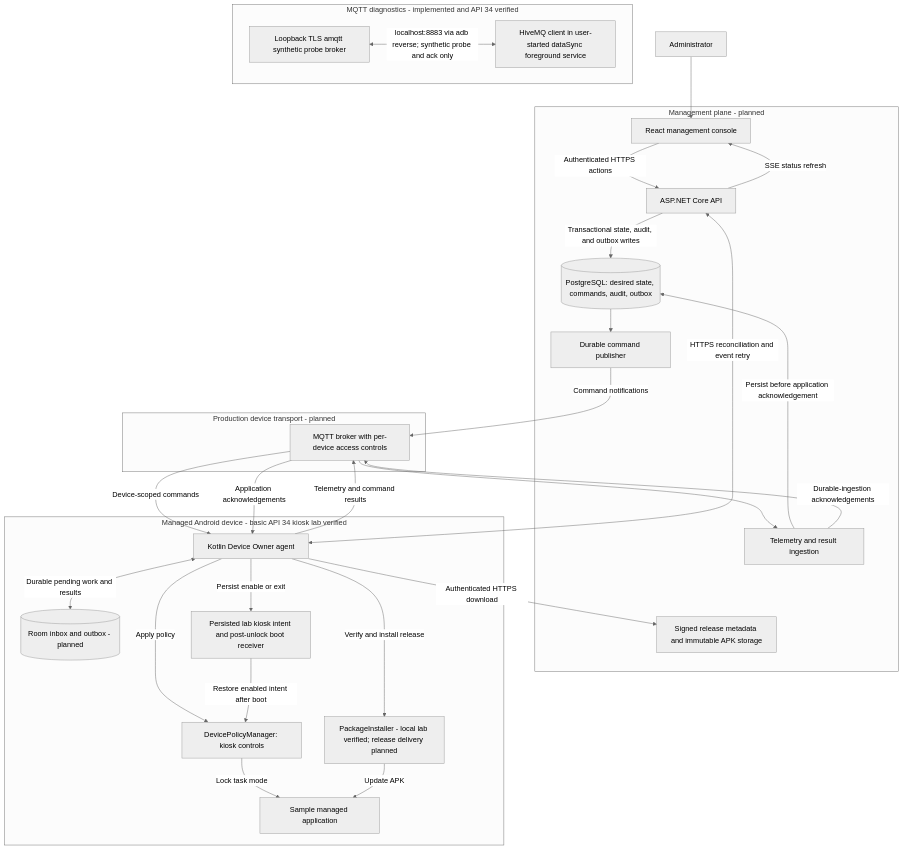
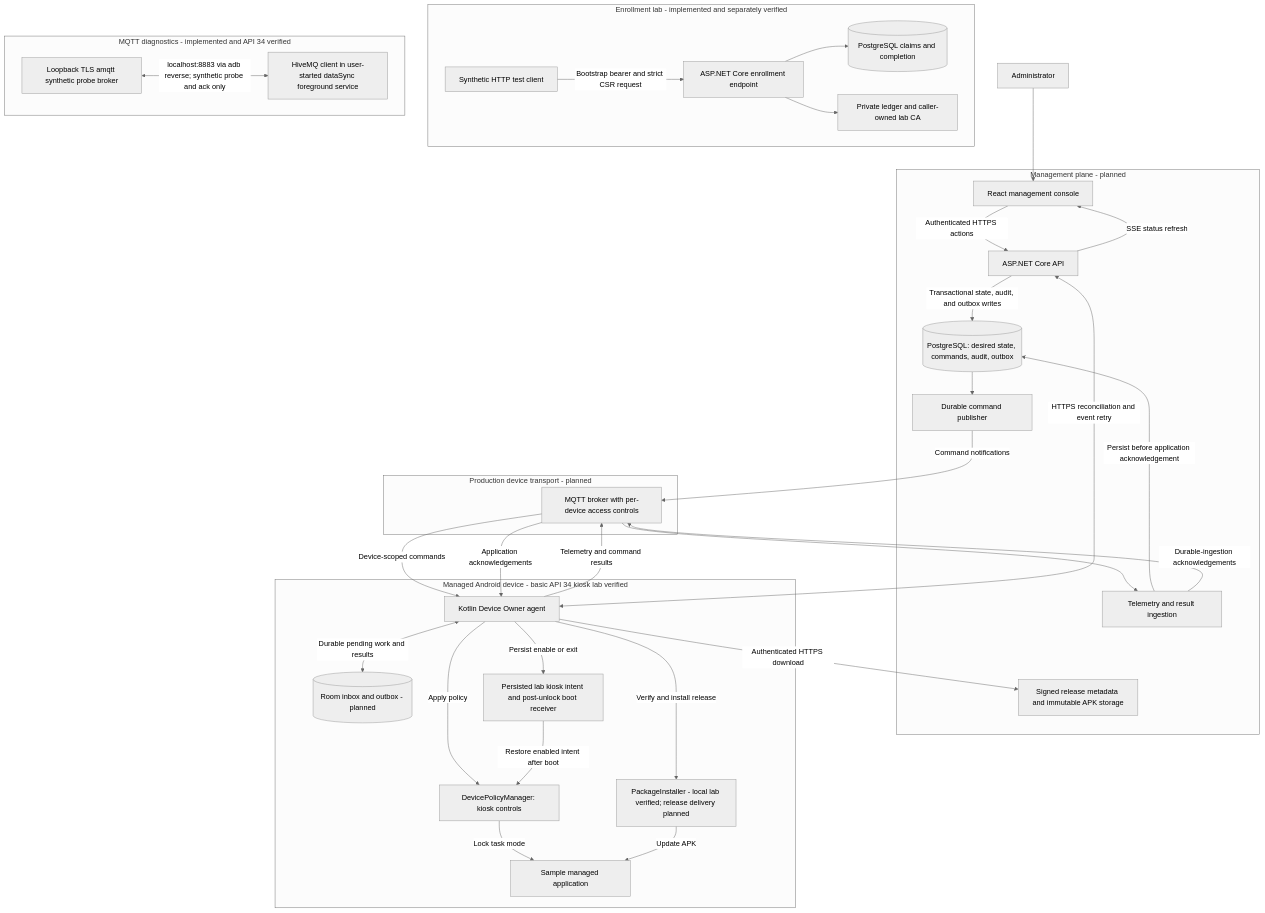
One commit to michaelnwanna/custom-android-mdm-agent changed the diagram in README.md. Above: the diagram before and after it, drawn with Mermaid (neutral theme). The commit also changed other lines of this file and 417 other files, not shown here.

Commit message:
Add verified enrollment HTTP lab and TLS boundary

````diff
--- a/README.md
+++ b/README.md
@@ -41,54 +43,64 @@
 ```mermaid
 flowchart TB
 	Admin[Administrator]
+
+	subgraph EnrollmentLab["Enrollment lab - implemented and separately verified"]
+		EnrollmentClient[Synthetic HTTP test client]
+		EnrollmentAPI[ASP.NET Core enrollment endpoint]
+		EnrollmentDB[(PostgreSQL claims and completion)]
+		LabSigner[Private ledger and caller-owned lab CA]
+		EnrollmentClient -->|Bootstrap bearer and strict CSR request| EnrollmentAPI
+		EnrollmentAPI --> EnrollmentDB
+		EnrollmentAPI --> LabSigner
+	end
 
 	subgraph Management["Management plane - planned"]
 		Console[React management console]
 		API[ASP.NET Core API]
 		DB[(PostgreSQL: desired state, commands, audit, outbox)]
 		Publisher[Durable command publisher]
 		Ingest[Telemetry and result ingestion]
 		Artifacts[Signed release metadata and immutable APK storage]
 	end
 
 	subgraph Transport["Production device transport - planned"]
 		Broker[MQTT broker with per-device access controls]
 	end
 
 	subgraph Diagnostics["MQTT diagnostics - implemented and API 34 verified"]
 		LabBroker[Loopback TLS amqtt synthetic probe broker]
 		LabService[HiveMQ client in user-started dataSync foreground service]
 	end
 
 	subgraph Device["Managed Android device - basic API 34 kiosk lab verified"]
 		Agent[Kotlin Device Owner agent]
 		Room[(Room inbox and outbox - planned)]
 		Policy[DevicePolicyManager: kiosk controls]
 		Boot[Persisted lab kiosk intent and post-unlock boot receiver]
 		Installer[PackageInstaller - local lab verified; release delivery planned]
 		Sample[Sample managed application]
 	end
 
 	Admin --> Console
 	LabBroker <-->|localhost:8883 via adb reverse; synthetic probe and ack only| LabService
 	Console -->|Authenticated HTTPS actions| API
 	API -->|Transactional state, audit, and outbox writes| DB
 	DB --> Publisher
 	Publisher -->|Command notifications| Broker
 	Broker -->|Device-scoped commands| Agent
 	Agent <-->|Durable pending work and results| Room
 	Agent -->|Apply policy| Policy
 	Agent -->|Persist enable or exit| Boot
 	Boot -->|Restore enabled intent after boot| Policy
 	Policy -->|Lock task mode| Sample
 	Agent -->|Verify and install release| Installer
 	Installer -->|Update APK| Sample
 	Agent -->|Authenticated HTTPS download| Artifacts
 	Agent -->|Telemetry and command results| Broker
 	Broker --> Ingest
 	Ingest -->|Persist before application acknowledgement| DB
 	Ingest -->|Durable-ingestion acknowledgements| Broker
 	Broker -->|Application acknowledgements| Agent
 	Agent <-->|HTTPS reconciliation and event retry| API
 	API -->|SSE status refresh| Console
 ```
````
